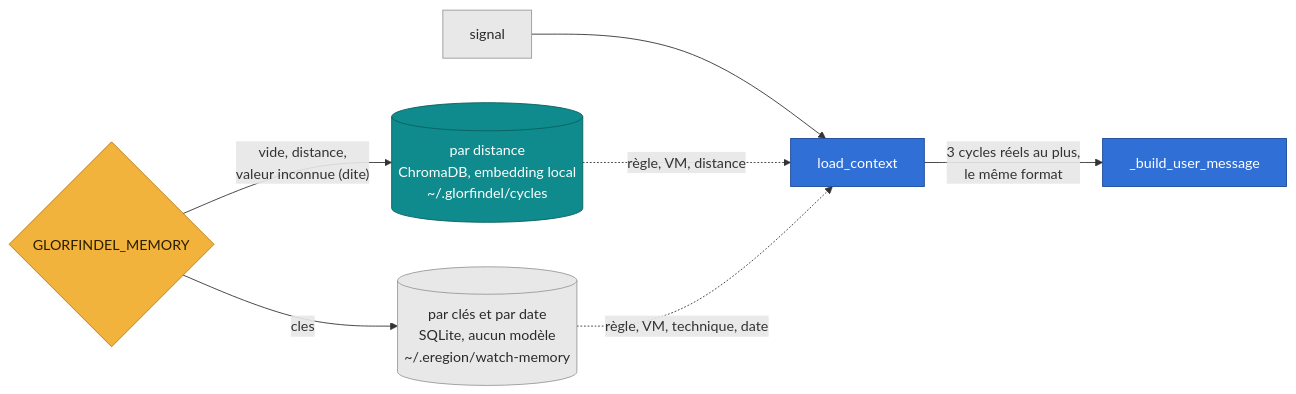
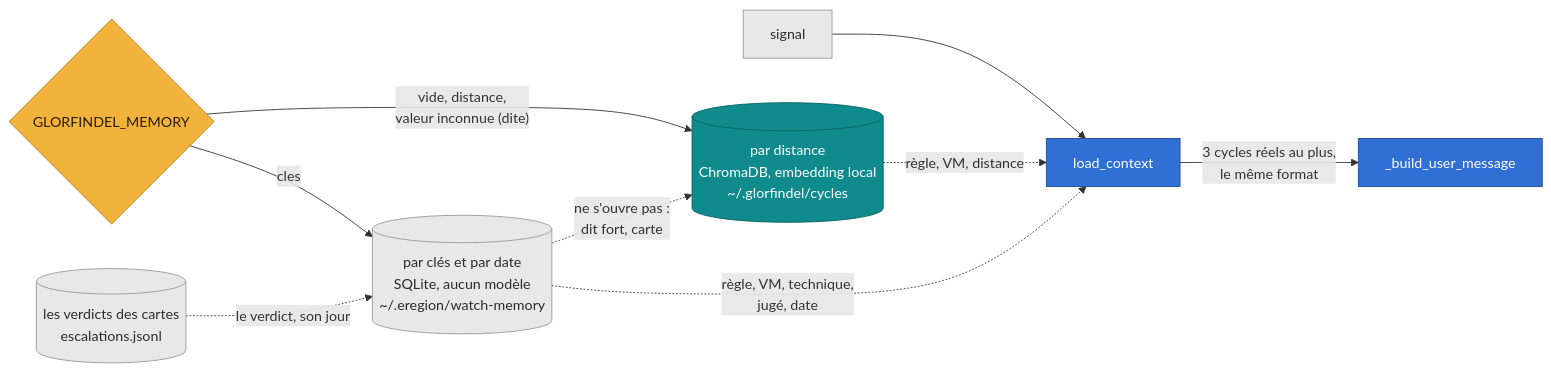
The seventh of 11 diagrams in docs/raisonnement.md (grootcyber/eregion), drawn with Mermaid before and after one commit. The commit also changed other lines of this file and 8 other files, not shown here.

First line of the commit message:
docs(glorfindel): le verdict du précédent, le repli de la mémoire par clés et le passage 1 à rejouer (MEM2b, #1161)

````diff
--- a/docs/raisonnement.md
+++ b/docs/raisonnement.md
@@ -572,17 +575,19 @@
 ```mermaid
 flowchart LR
     SIG["signal"] --> LC["load_context"]
     SW{"GLORFINDEL_MEMORY"} -->|"vide, distance,<br/>valeur inconnue (dite)"| DIST
     SW -->|"cles"| KEYS
+    KEYS -.->|"ne s'ouvre pas :<br/>dit fort, carte"| DIST
     DIST[("par distance<br/>ChromaDB, embedding local<br/>~/.glorfindel/cycles")] -.->|"règle, VM, distance"| LC
-    KEYS[("par clés et par date<br/>SQLite, aucun modèle<br/>~/.eregion/watch-memory")] -.->|"règle, VM, technique, date"| LC
+    KEYS[("par clés et par date<br/>SQLite, aucun modèle<br/>~/.eregion/watch-memory")] -.->|"règle, VM, technique,<br/>jugé, date"| LC
+    CARDS[("les verdicts des cartes<br/>escalations.jsonl")] -.->|"le verdict, son jour"| KEYS
     LC -->|"3 cycles réels au plus,<br/>le même format"| MSG["_build_user_message"]
     classDef blue fill:#2f6fd6,stroke:#1d4a9a,color:#ffffff
     classDef guard fill:#f2b33d,stroke:#b07a12,color:#2b1d00
     classDef model fill:#0f8b8d,stroke:#0a5f60,color:#ffffff
     classDef data fill:#e8e8e8,stroke:#9a9a9a,color:#2b2b2b
     class LC,MSG blue
     class SW guard
     class DIST model
-    class KEYS,SIG data
+    class KEYS,SIG,CARDS data
 ```
````
